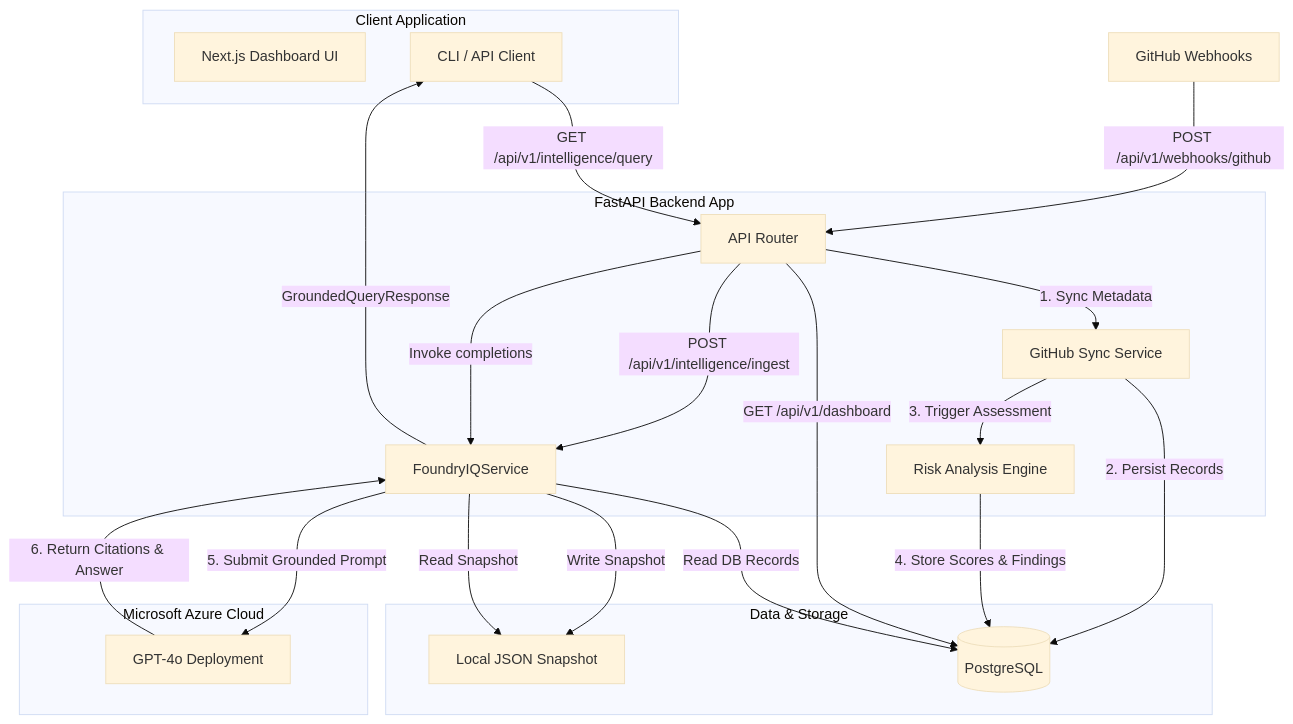
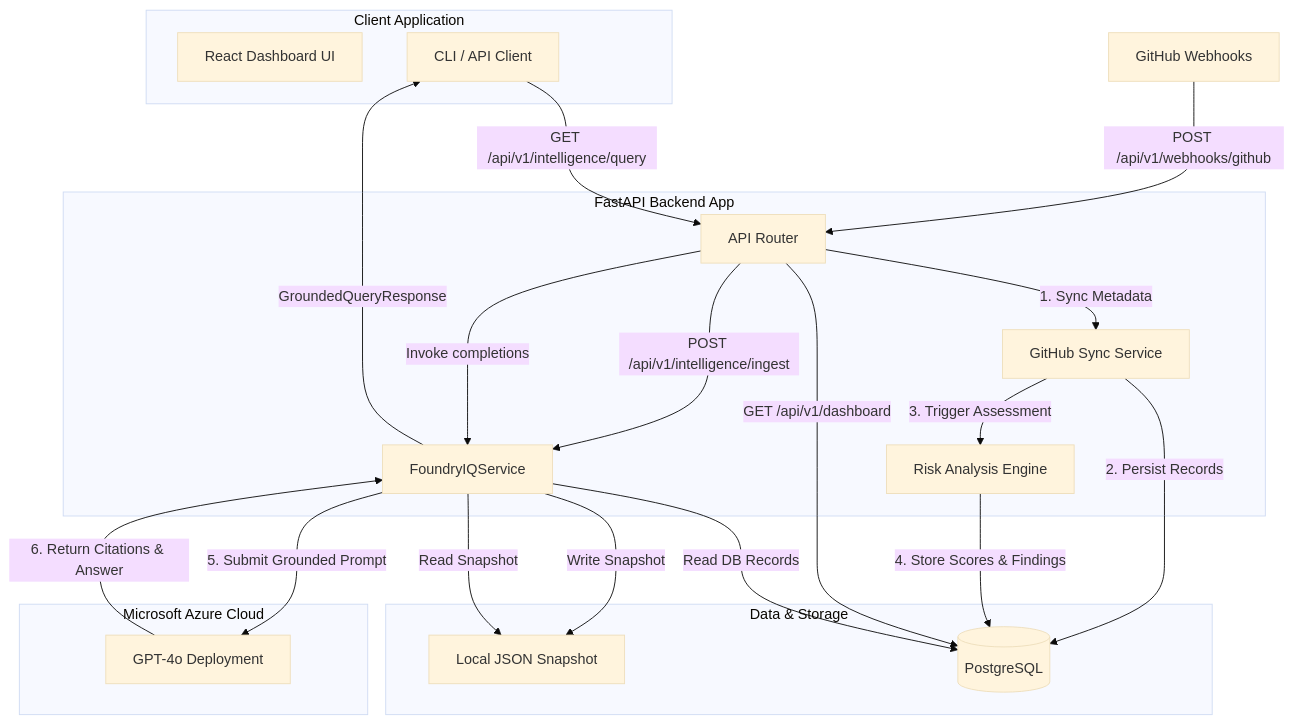
Before and after one commit to LavanuruRohithRoy/PRPilot: the diagram in README.md, drawn with Mermaid (base theme). The commit also changed other lines of this file and 39 other files, not shown here.

Commit message:
feat: add React/Vite dashboard frontend and supporting backend updates

````diff
--- a/README.md
+++ b/README.md
@@ -24,45 +24,45 @@
 ```mermaid
 flowchart TD
     subgraph Client Application
-        Web[Next.js Dashboard UI]
+        Web[React Dashboard UI]
         Dev[CLI / API Client]
     end
 
     subgraph FastAPI Backend App
         API[API Router]
         Sync[GitHub Sync Service]
         Engine[Risk Analysis Engine]
         FoundryService[FoundryIQService]
     end
 
     subgraph Data & Storage
         DB[(PostgreSQL)]
         Snapshot[Local JSON Snapshot]
     end
 
     subgraph Microsoft Azure Cloud
         Model[GPT-4o Deployment]
     end
 
     %% Webhook ingestion
     VCS[GitHub Webhooks] -->|POST /api/v1/webhooks/github| API
     API -->|1. Sync Metadata| Sync
     Sync -->|2. Persist Records| DB
 
     %% Analysis
     Sync -->|3. Trigger Assessment| Engine
     Engine -->|4. Store Scores & Findings| DB
 
     %% Grounded Q&A
     API -->|GET /api/v1/dashboard| DB
     API -->|POST /api/v1/intelligence/ingest| FoundryService
     FoundryService -->|Read DB Records| DB
     FoundryService -->|Write Snapshot| Snapshot
 
     Dev -->|GET /api/v1/intelligence/query| API
     API -->|Invoke completions| FoundryService
     FoundryService -->|Read Snapshot| Snapshot
     FoundryService -->|5. Submit Grounded Prompt| Model
     Model -->|6. Return Citations & Answer| FoundryService
     FoundryService -->|GroundedQueryResponse| Dev
 ```
````
